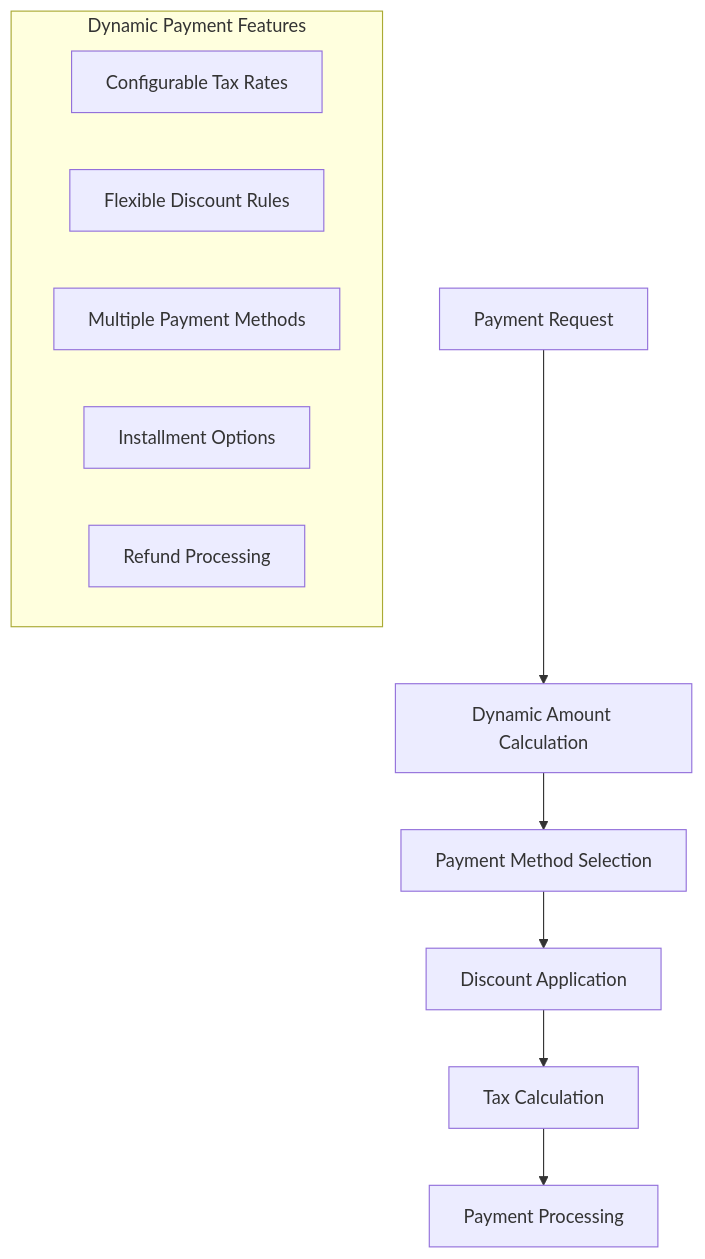
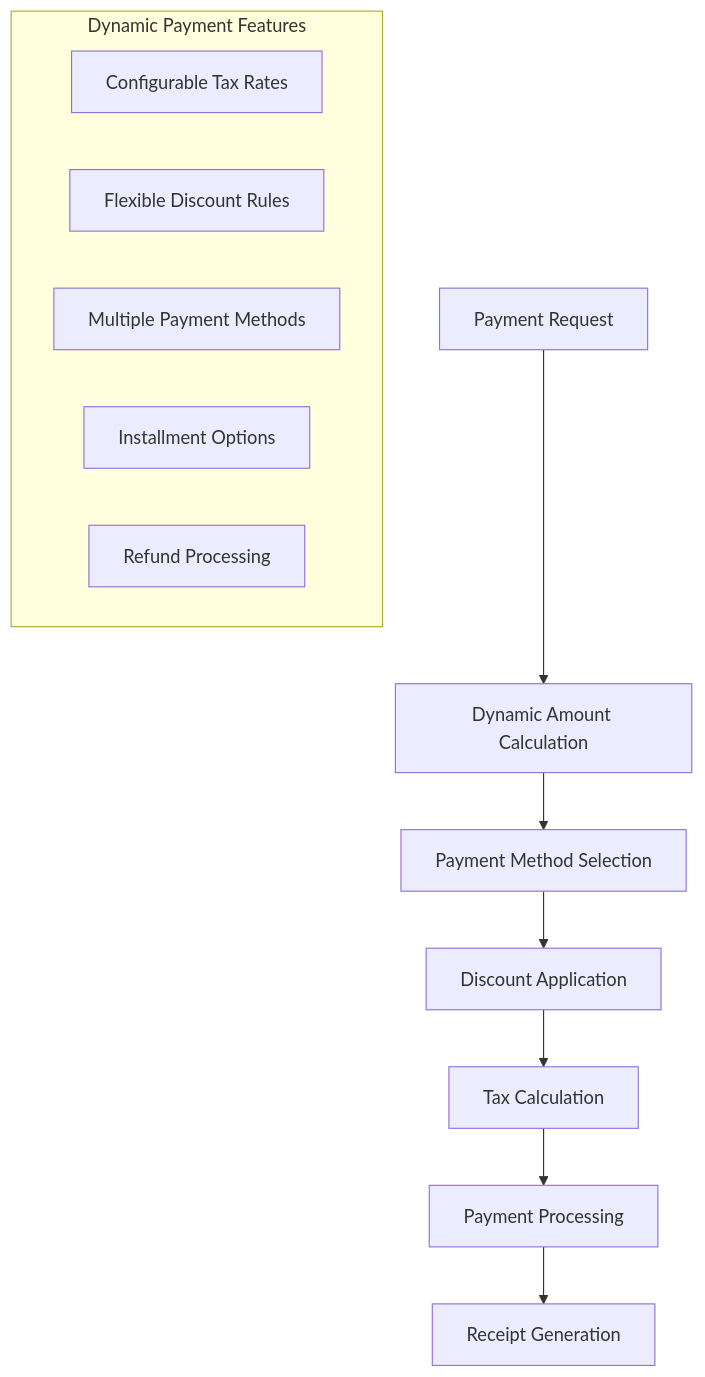
One commit to BlackCoffeee/raujan_pool changed the tenth of 19 diagrams in Planing/03-analisa-fitur.md. Above: the diagram before and after it, drawn with Mermaid. The commit also changed other lines of this file and 4 other files, not shown here.

````diff
--- a/Planing/03-analisa-fitur.md
+++ b/Planing/03-analisa-fitur.md
@@ -212,16 +246,17 @@
 ```mermaid
 graph TD
     A[Payment Request] --> B[Dynamic Amount Calculation]
     B --> C[Payment Method Selection]
     C --> D[Discount Application]
     D --> E[Tax Calculation]
     E --> F[Payment Processing]
-
+    F --> G[Receipt Generation]
+    
     subgraph "Dynamic Payment Features"
         P1[Configurable Tax Rates]
         P2[Flexible Discount Rules]
         P3[Multiple Payment Methods]
         P4[Installment Options]
         P5[Refund Processing]
     end
 ```
````
